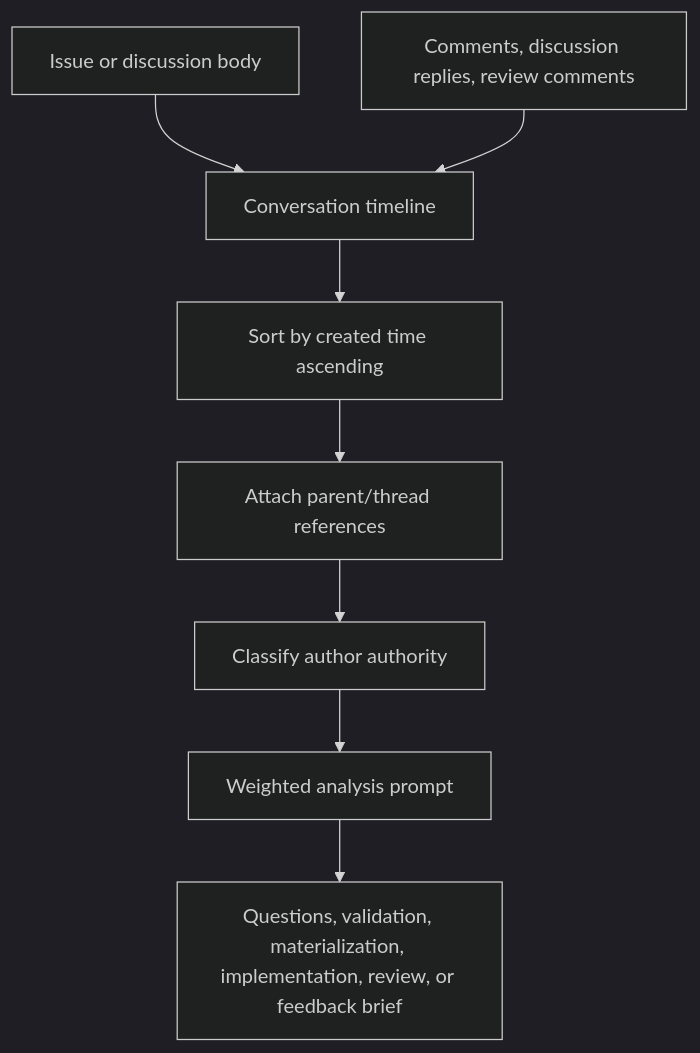
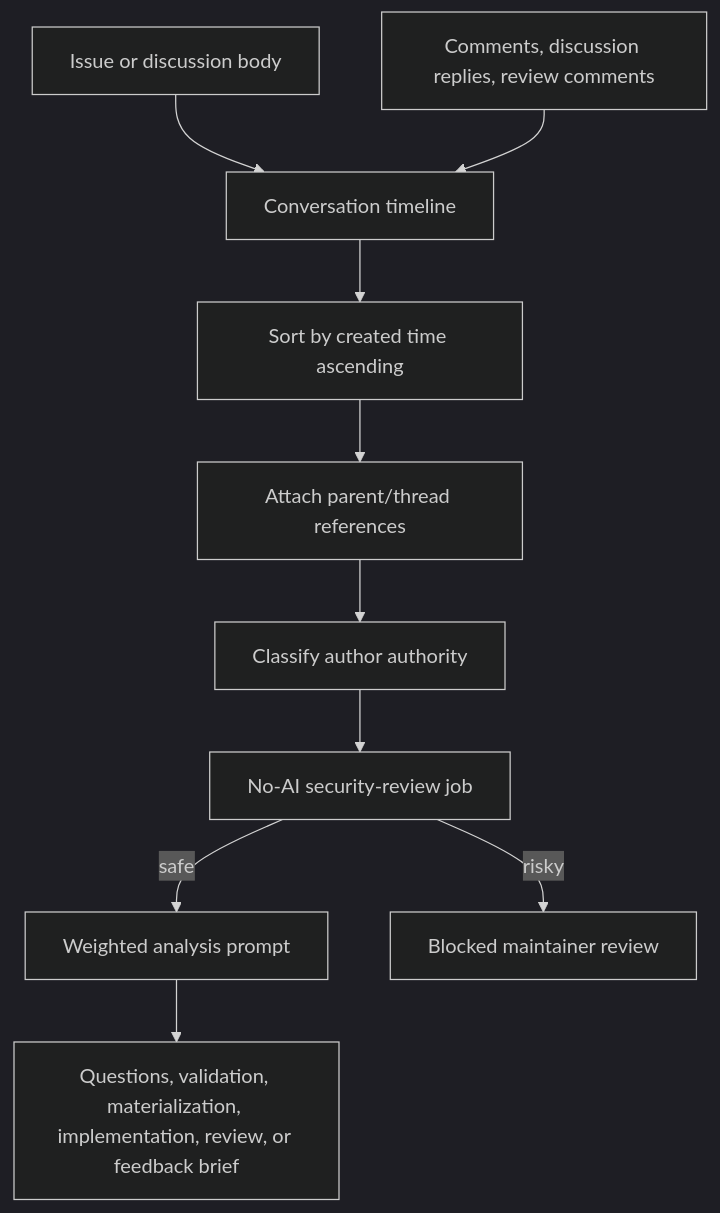
The first of 3 diagrams in docs/AI.md (markhuangai/git-vibe), drawn with Mermaid (dark theme) before and after one commit. The commit also changed other lines of this file and 39 other files, not shown here.

First line of the commit message:
Add comprehensive tests for GitVibe workflows and security review actions

````diff
--- a/docs/AI.md
+++ b/docs/AI.md
@@ -9,10 +9,12 @@
 ```mermaid
 flowchart TD
   A[Issue or discussion body] --> C[Conversation timeline]
   B[Comments, discussion replies, review comments] --> C
   C --> D[Sort by created time ascending]
   D --> E[Attach parent/thread references]
   E --> F[Classify author authority]
-  F --> G[Weighted analysis prompt]
+  F --> S[No-AI security-review job]
+  S -->|safe| G[Weighted analysis prompt]
+  S -->|risky| BQ[Blocked maintainer review]
   G --> H[Questions, validation, materialization, implementation, review, or feedback brief]
 ```
````
